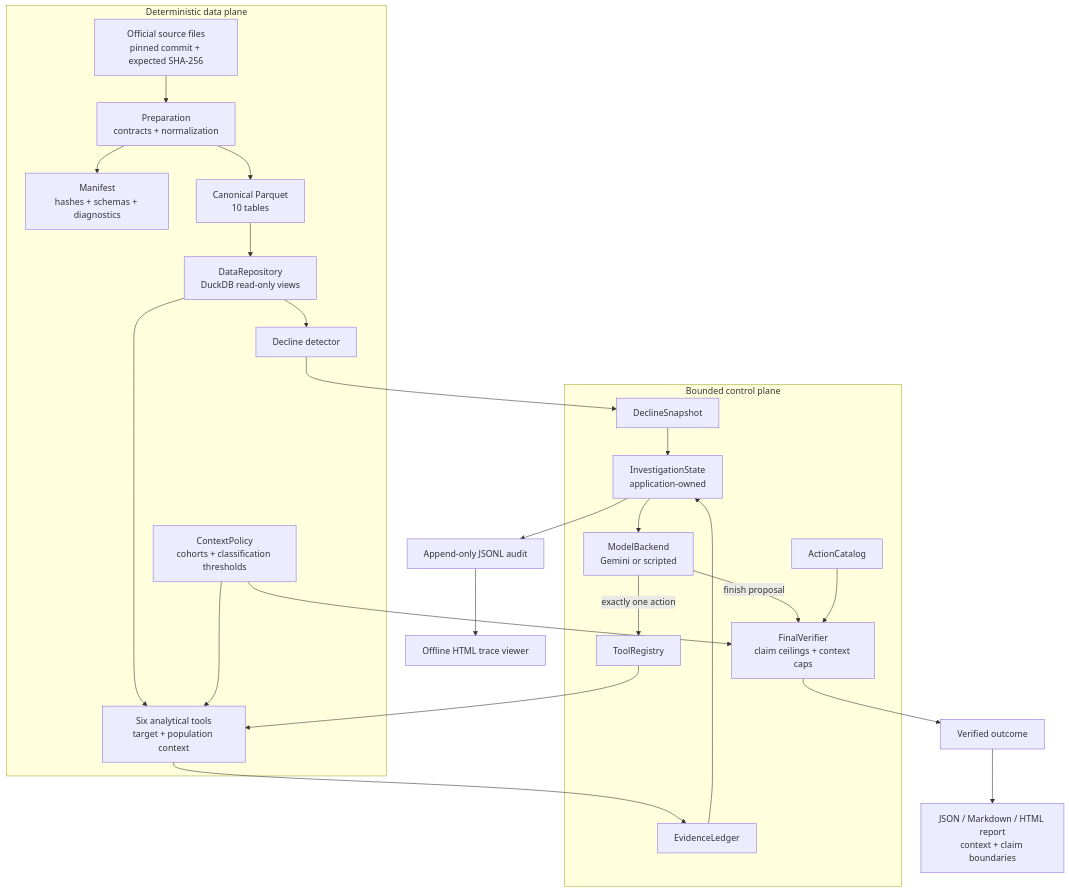
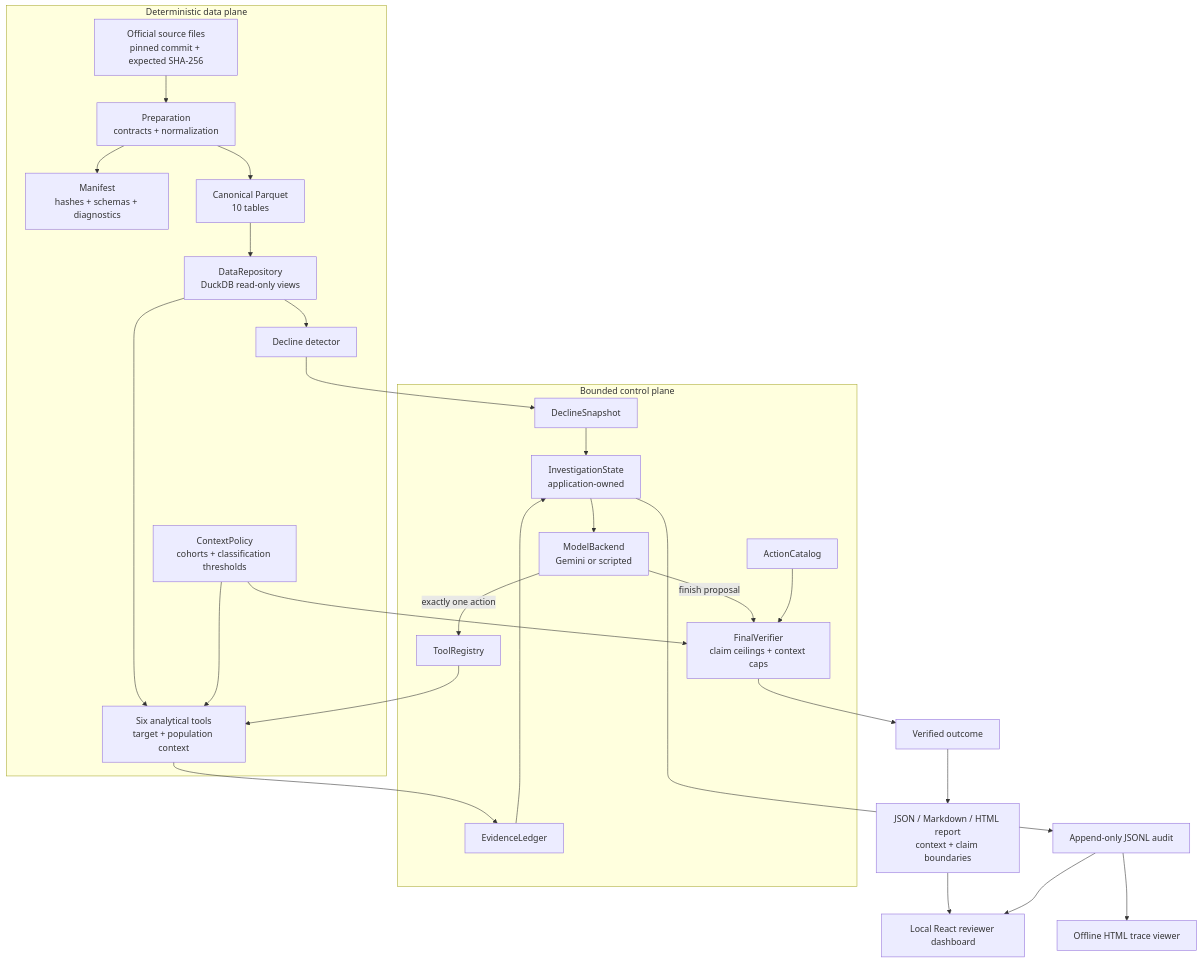
One commit to nickjanocik/WhyBack changed the first of 2 diagrams in docs/architecture.md. Above: the diagram before and after it, drawn with Mermaid. The commit also changed other lines of this file and 119 other files, not shown here.

````diff
--- a/docs/architecture.md
+++ b/docs/architecture.md
@@ -18,45 +18,47 @@
 ```mermaid
 flowchart TB
     subgraph Data[Deterministic data plane]
         S[Official source files<br/>pinned commit + expected SHA-256]
         P[Preparation<br/>contracts + normalization]
         M[Manifest<br/>hashes + schemas + diagnostics]
         Q[Canonical Parquet<br/>10 tables]
         R[DataRepository<br/>DuckDB read-only views]
         D[Decline detector]
         T[Six analytical tools<br/>target + population context]
         CP[ContextPolicy<br/>cohorts + classification thresholds]
         S --> P
         P --> M
         P --> Q
         Q --> R
         R --> D
         R --> T
         CP --> T
     end
 
     subgraph Control[Bounded control plane]
         X[DeclineSnapshot]
         ST[InvestigationState<br/>application-owned]
         MB[ModelBackend<br/>Gemini or scripted]
         RG[ToolRegistry]
         EL[EvidenceLedger]
         FV[FinalVerifier<br/>claim ceilings + context caps]
         AC[ActionCatalog]
         X --> ST
         ST --> MB
         MB -->|exactly one action| RG
         RG --> T
         T --> EL
         EL --> ST
         MB -->|finish proposal| FV
         AC --> FV
         CP --> FV
     end
 
     D --> X
     FV --> O[Verified outcome]
     ST --> A[Append-only JSONL audit]
     O --> RP[JSON / Markdown / HTML report<br/>context + claim boundaries]
     A --> TV[Offline HTML trace viewer]
+    RP --> UI[Local React reviewer dashboard]
+    A --> UI
 ```
````
